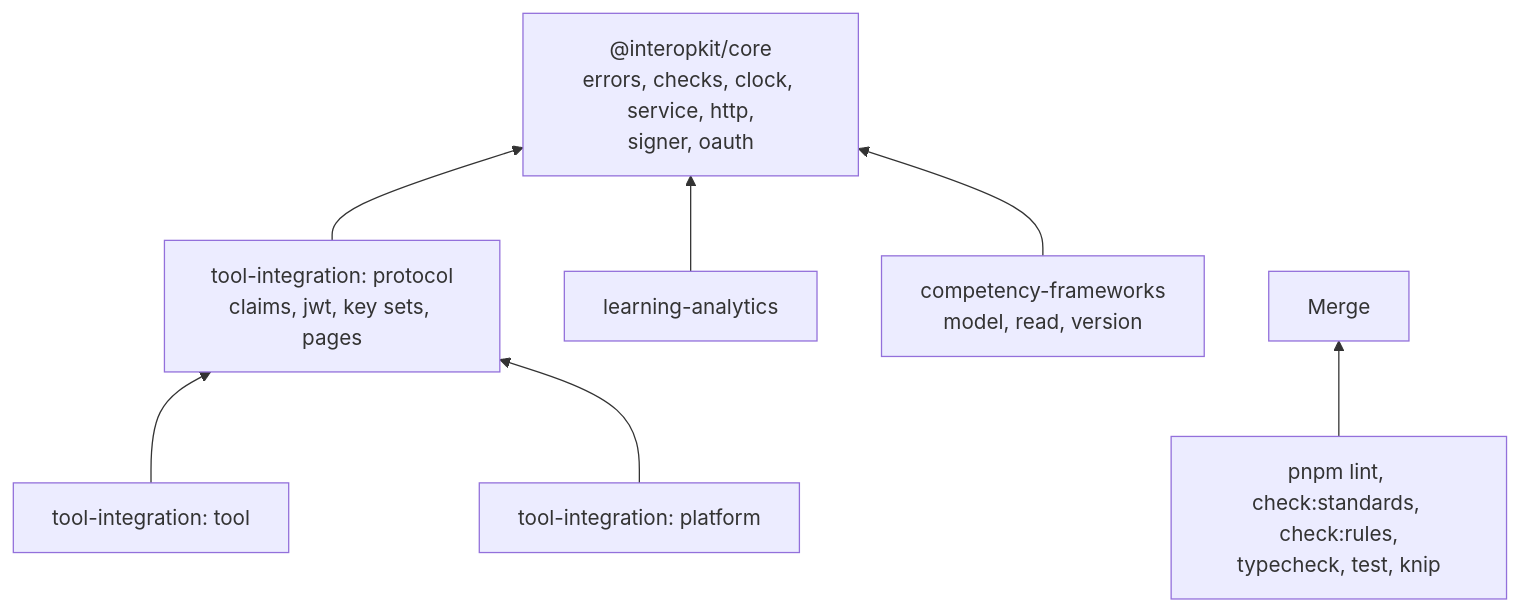
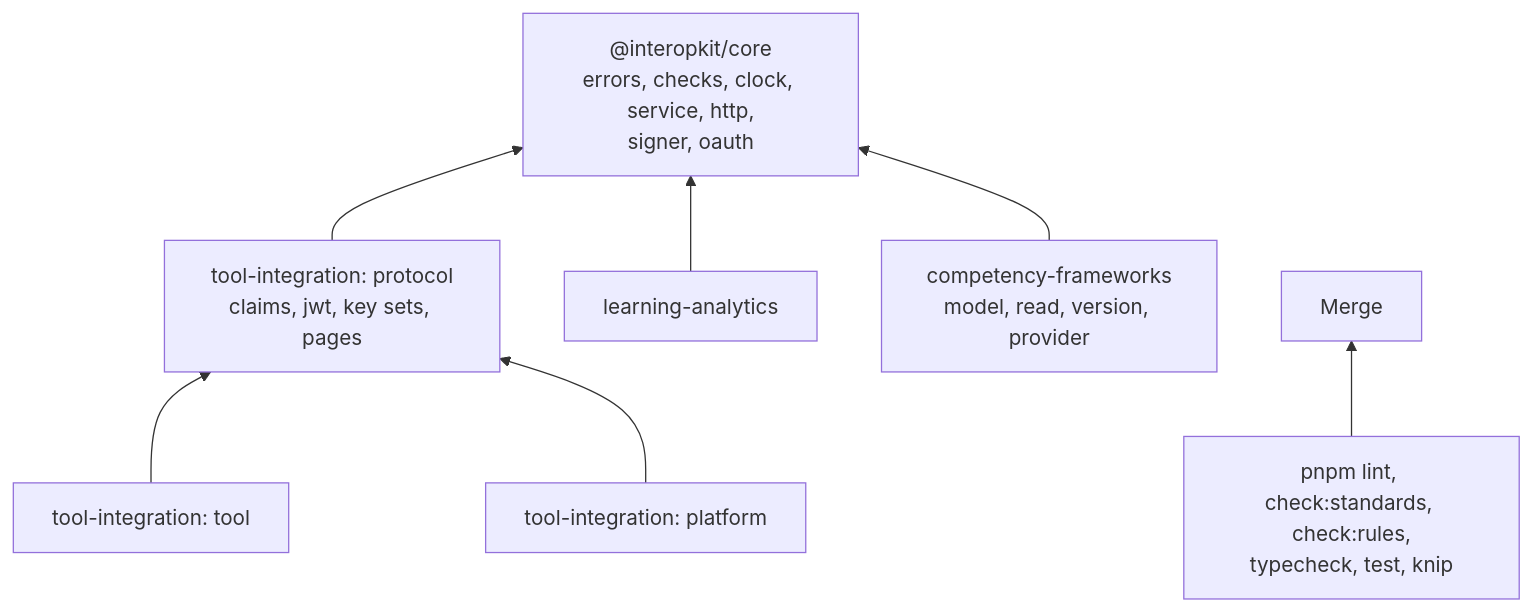
One commit to interopkit/interopkit changed the diagram in AGENTS.md. Above: the diagram before and after it, drawn with Mermaid. The commit also changed other lines of this file and 49 other files, not shown here.

First line of the commit message:
Add the CASE provider: router, both version paths, query grammar, collation, fields and discovery

````diff
--- a/AGENTS.md
+++ b/AGENTS.md
@@ -12,15 +12,15 @@
 ```mermaid
 flowchart BT
   core["@interopkit/core<br/>errors, checks, clock, service, http,<br/>signer, oauth"]
   proto["tool-integration: protocol<br/>claims, jwt, key sets, pages"]
   tool["tool-integration: tool"]
   plat["tool-integration: platform"]
   la["learning-analytics"]
-  cf["competency-frameworks<br/>model, read, version"]
+  cf["competency-frameworks<br/>model, read, version, provider"]
   proto --> core
   tool --> proto
   plat --> proto
   la --> core
   cf --> core
   gates["pnpm lint, check:standards, check:rules,<br/>typecheck, test, knip"] --> merge["Merge"]
 ```
````
